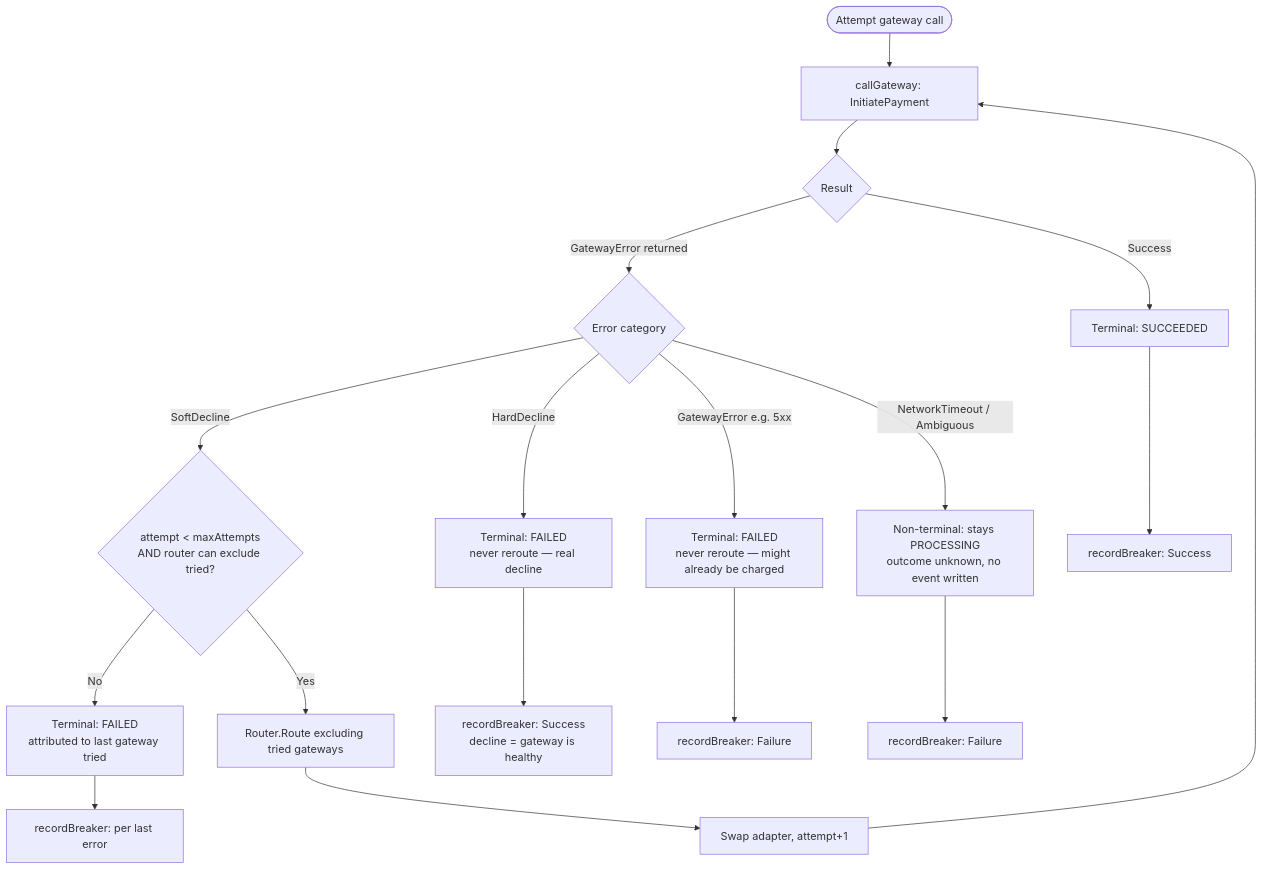
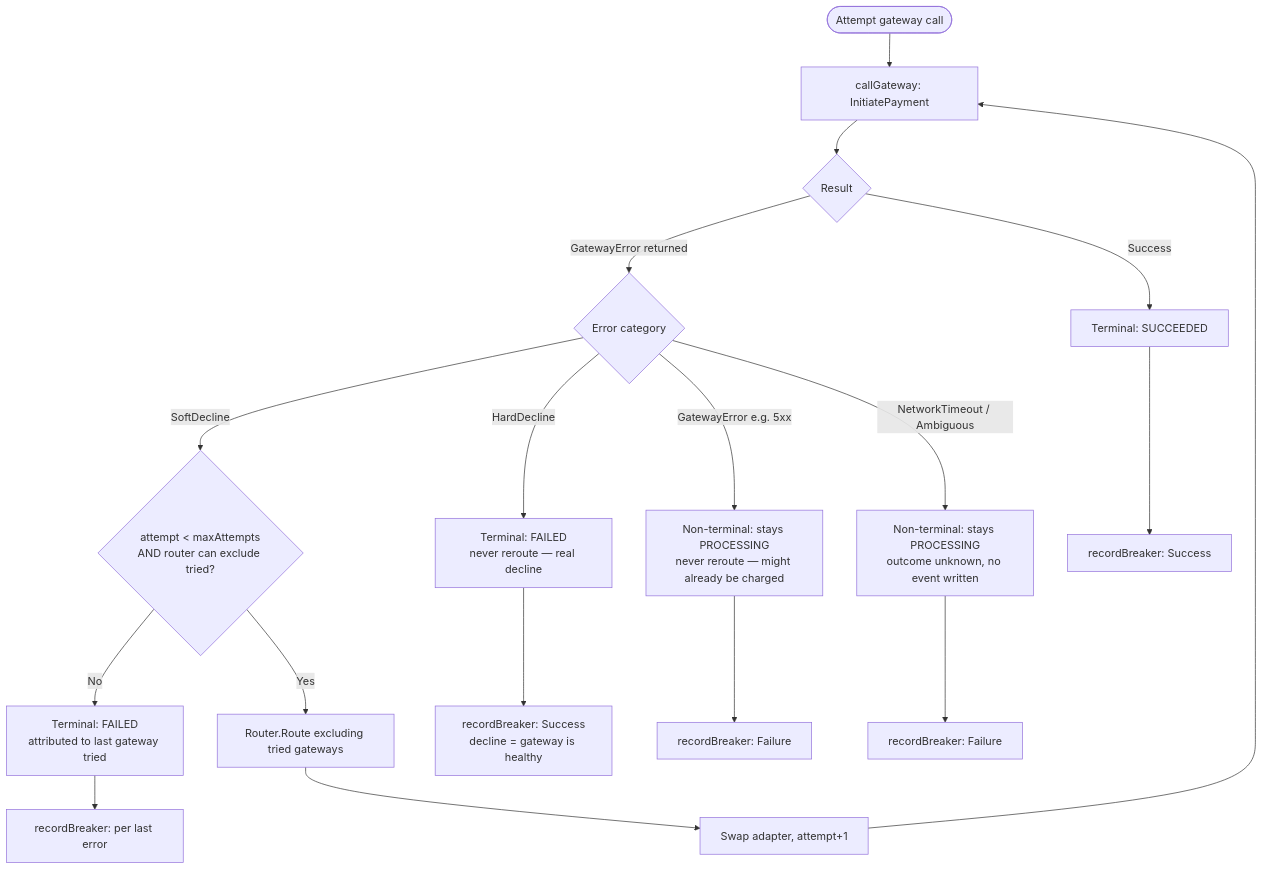
Before and after one commit to blue-samarth/payment-service: the fourth of 11 diagrams in README.md, drawn with Mermaid. The commit also changed other lines of this file and 8 other files, not shown here.

````diff
--- a/README.md
+++ b/README.md
@@ -319,25 +326,25 @@
 ```mermaid
 flowchart TD
     Start([Attempt gateway call]) --> Call[callGateway: InitiatePayment]
     Call --> Result{Result}
 
     Result -->|Success| Terminal[Terminal: SUCCEEDED]
     Result -->|GatewayError returned| Classify{Error category}
 
     Classify -->|HardDecline| FailNoRetry[Terminal: FAILED<br/>never reroute — real decline]
     Classify -->|SoftDecline| CanFallback{attempt < maxAttempts<br/>AND router can exclude tried?}
     Classify -->|NetworkTimeout / Ambiguous| StayProcessing[Non-terminal: stays PROCESSING<br/>outcome unknown, no event written]
-    Classify -->|GatewayError e.g. 5xx| FailNoRetry2[Terminal: FAILED<br/>never reroute — might already be charged]
+    Classify -->|GatewayError e.g. 5xx| StayProcessing2[Non-terminal: stays PROCESSING<br/>never reroute — might already be charged]
 
     CanFallback -->|Yes| Reroute[Router.Route excluding tried gateways]
     Reroute --> NextAdapter[Swap adapter, attempt+1]
     NextAdapter --> Call
 
     CanFallback -->|No| FailExhausted[Terminal: FAILED<br/>attributed to last gateway tried]
 
     Terminal --> RecordBreaker1[recordBreaker: Success]
     FailNoRetry --> RecordBreaker2[recordBreaker: Success<br/>decline = gateway is healthy]
-    FailNoRetry2 --> RecordBreaker3[recordBreaker: Failure]
+    StayProcessing2 --> RecordBreaker3[recordBreaker: Failure]
     StayProcessing --> RecordBreaker4[recordBreaker: Failure]
     FailExhausted --> RecordBreaker5[recordBreaker: per last error]
 ```
````
